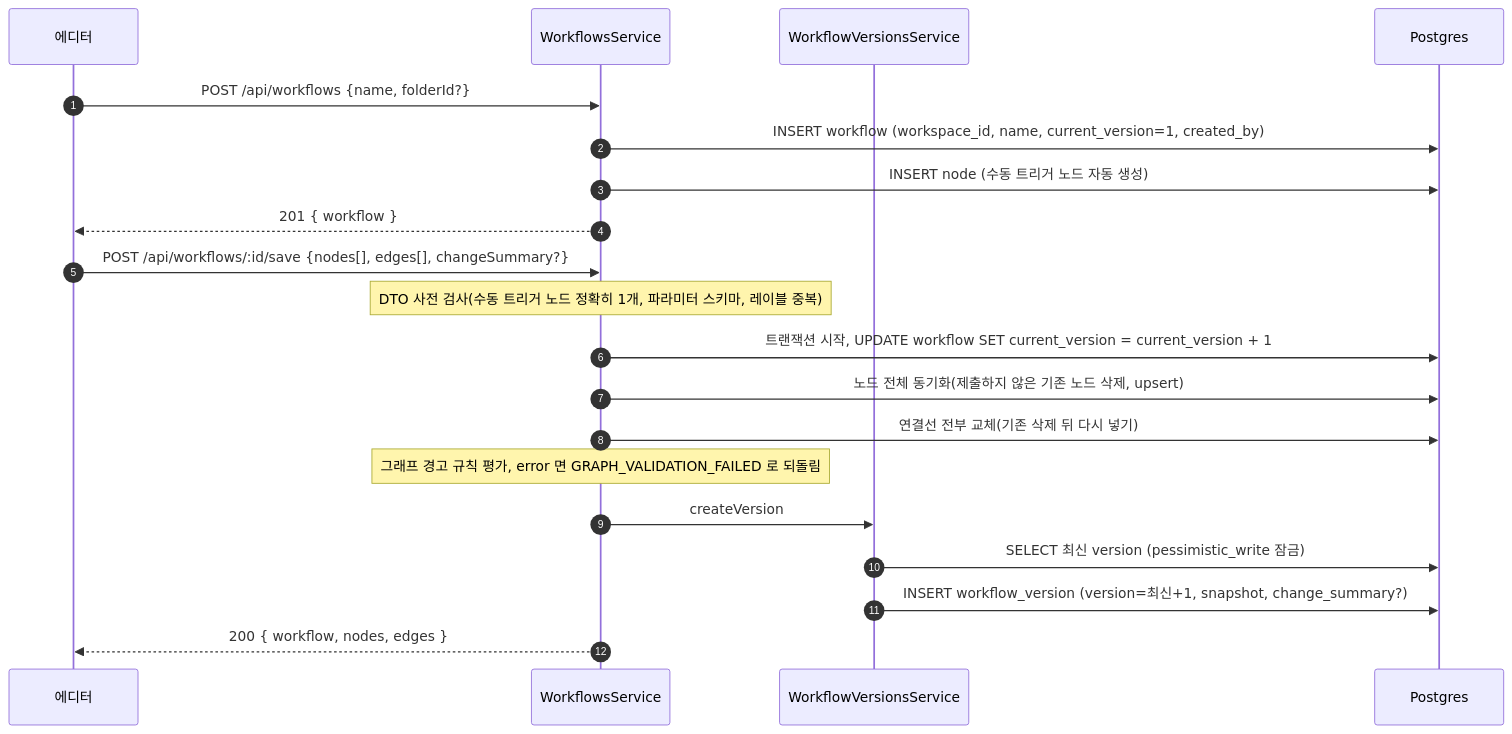
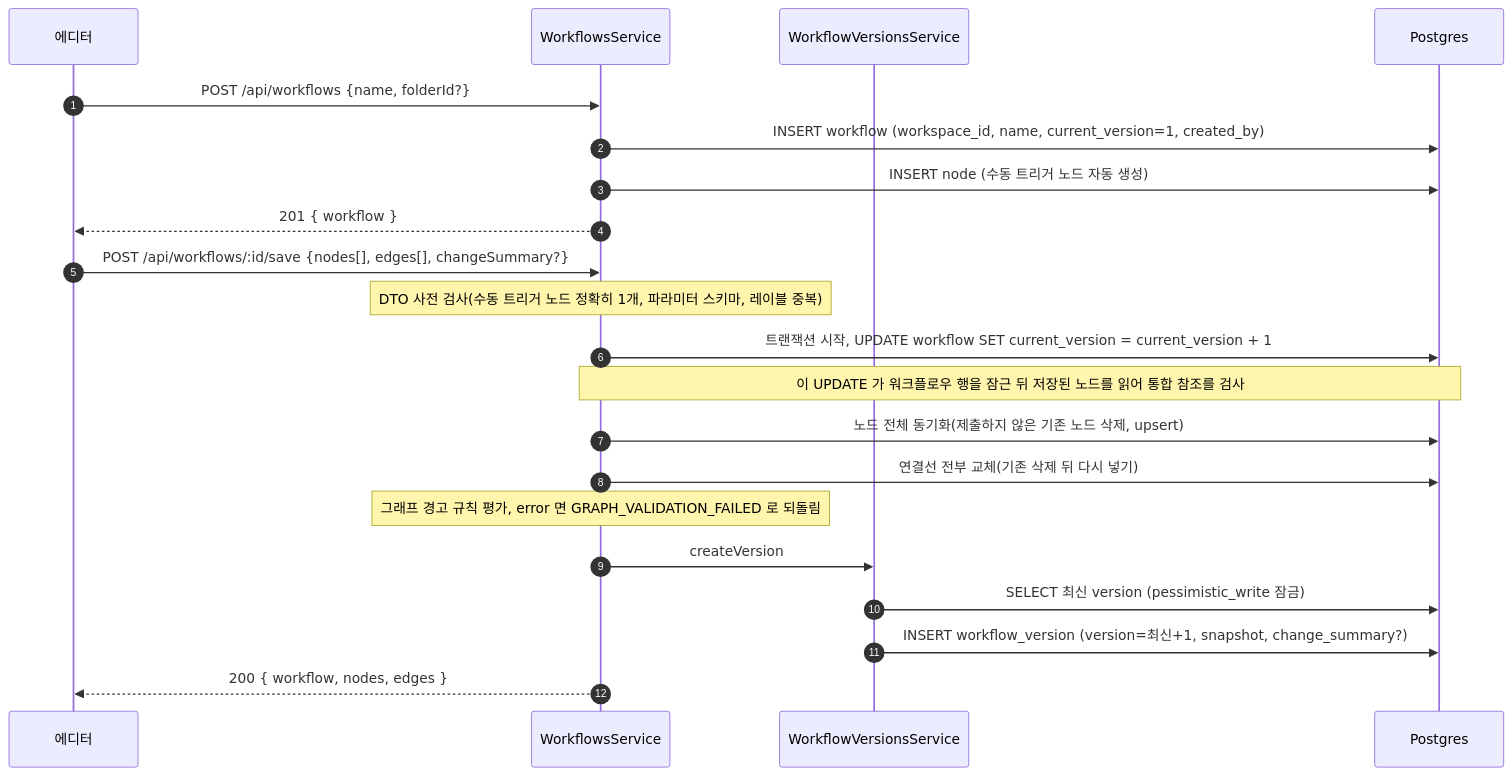
One commit to worker-ants/clemvion changed the second of 3 diagrams in spec/CLE-WF/CLE-WF-DATA.md. Above: the diagram before and after it, drawn with Mermaid. The commit also changed other lines of this file and 20 other files, not shown here.

````diff
--- a/spec/CLE-WF/CLE-WF-DATA.md
+++ b/spec/CLE-WF/CLE-WF-DATA.md
@@ -199,22 +199,23 @@
 ```mermaid
 sequenceDiagram
   autonumber
   participant C as 에디터
   participant Wf as WorkflowsService
   participant Ver as WorkflowVersionsService
   participant PG as Postgres
   C->>Wf: POST /api/workflows {name, folderId?}
   Wf->>PG: INSERT workflow (workspace_id, name, current_version=1, created_by)
   Wf->>PG: INSERT node (수동 트리거 노드 자동 생성)
   Wf-->>C: 201 { workflow }
   C->>Wf: POST /api/workflows/:id/save {nodes[], edges[], changeSummary?}
   Note over Wf: DTO 사전 검사(수동 트리거 노드 정확히 1개, 파라미터 스키마, 레이블 중복)
   Wf->>PG: 트랜잭션 시작, UPDATE workflow SET current_version = current_version + 1
+  Note over Wf,PG: 이 UPDATE 가 워크플로우 행을 잠근 뒤 저장된 노드를 읽어 통합 참조를 검사
   Wf->>PG: 노드 전체 동기화(제출하지 않은 기존 노드 삭제, upsert)
   Wf->>PG: 연결선 전부 교체(기존 삭제 뒤 다시 넣기)
   Note over Wf: 그래프 경고 규칙 평가, error 면 GRAPH_VALIDATION_FAILED 로 되돌림
   Wf->>Ver: createVersion
   Ver->>PG: SELECT 최신 version (pessimistic_write 잠금)
   Ver->>PG: INSERT workflow_version (version=최신+1, snapshot, change_summary?)
   Wf-->>C: 200 { workflow, nodes, edges }
 ```
````
